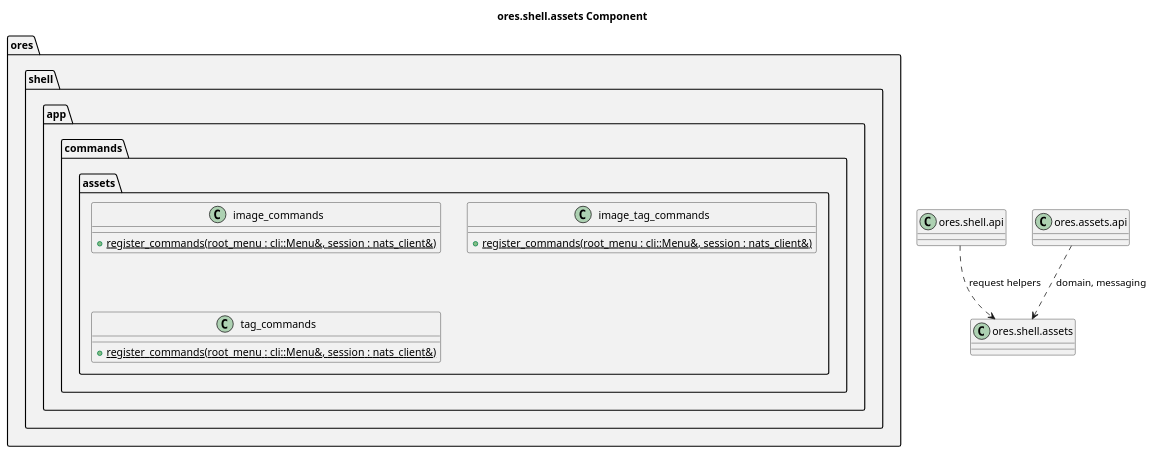
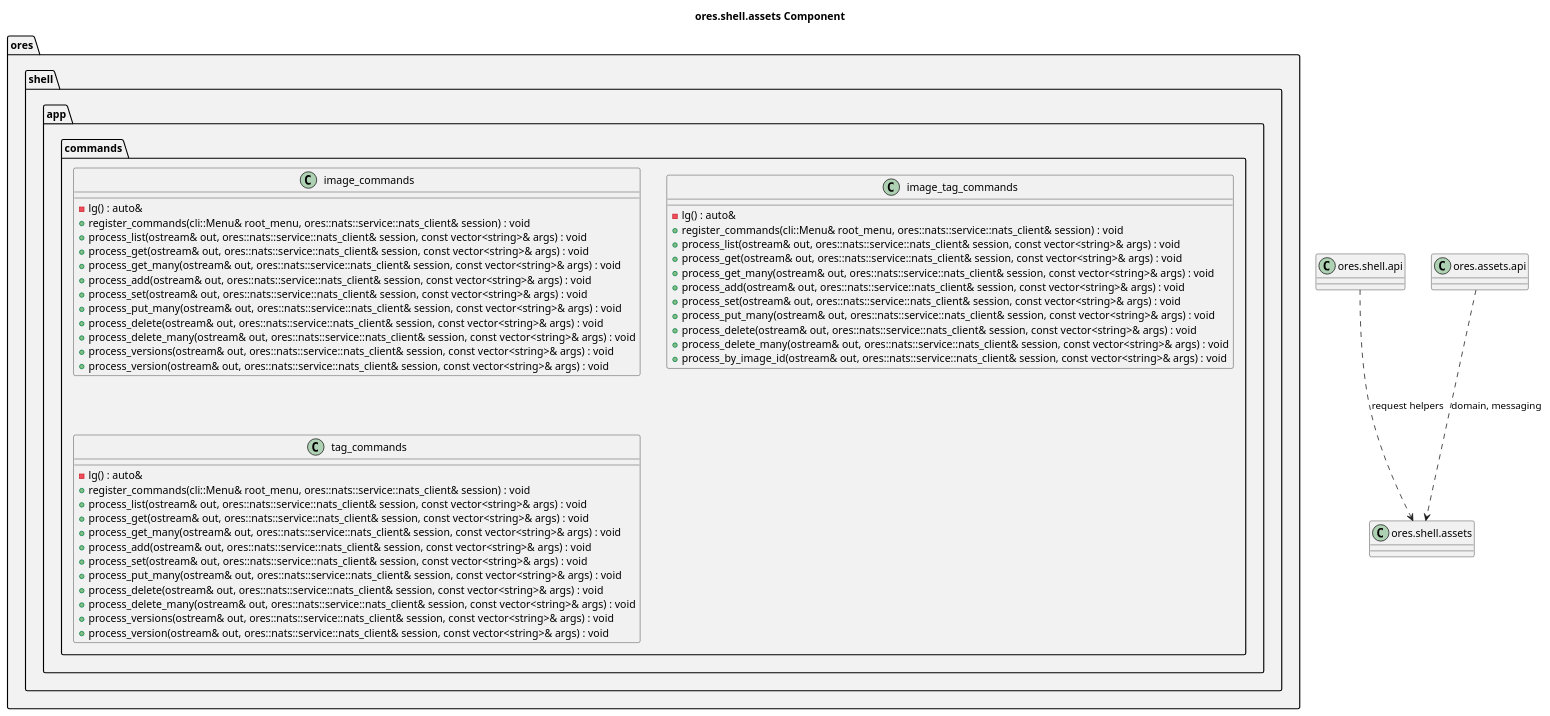
Before and after one commit to OreStudio/OreStudio: the diagram in projects/ores.shell/assets/modeling/ores.shell.assets.puml, drawn with PlantUML. The commit also changed 30 other files, not shown here.

```diff
--- a/projects/ores.shell/assets/modeling/ores.shell.assets.puml
+++ b/projects/ores.shell/assets/modeling/ores.shell.assets.puml
@@ -18,35 +18,65 @@
 @startuml
 
 title ores.shell.assets Component
 
 set namespaceSeparator ::
 
 namespace ores #F2F2F2 {
     namespace shell #F2F2F2 {
         namespace app #F2F2F2 {
             namespace commands #F2F2F2 {
-                namespace assets #F2F2F2 {
-                    class image_commands {
-                        {static} +register_commands(root_menu : cli::Menu&, session : nats_client&)
-                    }
-                    class image_tag_commands {
-                        {static} +register_commands(root_menu : cli::Menu&, session : nats_client&)
-                    }
-                    class tag_commands {
-                        {static} +register_commands(root_menu : cli::Menu&, session : nats_client&)
-                    }
+                class image_commands {
+                    -lg() : auto&
+                    +register_commands(cli::Menu& root_menu, ores::nats::service::nats_client& session) : void
+                    +process_list(ostream& out, ores::nats::service::nats_client& session, const vector<string>& args) : void
+                    +process_get(ostream& out, ores::nats::service::nats_client& session, const vector<string>& args) : void
+                    +process_get_many(ostream& out, ores::nats::service::nats_client& session, const vector<string>& args) : void
+                    +process_add(ostream& out, ores::nats::service::nats_client& session, const vector<string>& args) : void
+                    +process_set(ostream& out, ores::nats::service::nats_client& session, const vector<string>& args) : void
+                    +process_put_many(ostream& out, ores::nats::service::nats_client& session, const vector<string>& args) : void
+                    +process_delete(ostream& out, ores::nats::service::nats_client& session, const vector<string>& args) : void
+                    +process_delete_many(ostream& out, ores::nats::service::nats_client& session, const vector<string>& args) : void
+                    +process_versions(ostream& out, ores::nats::service::nats_client& session, const vector<string>& args) : void
+                    +process_version(ostream& out, ores::nats::service::nats_client& session, const vector<string>& args) : void
+                }
+                class image_tag_commands {
+                    -lg() : auto&
+                    +register_commands(cli::Menu& root_menu, ores::nats::service::nats_client& session) : void
+                    +process_list(ostream& out, ores::nats::service::nats_client& session, const vector<string>& args) : void
+                    +process_get(ostream& out, ores::nats::service::nats_client& session, const vector<string>& args) : void
+                    +process_get_many(ostream& out, ores::nats::service::nats_client& session, const vector<string>& args) : void
+                    +process_add(ostream& out, ores::nats::service::nats_client& session, const vector<string>& args) : void
+                    +process_set(ostream& out, ores::nats::service::nats_client& session, const vector<string>& args) : void
+                    +process_put_many(ostream& out, ores::nats::service::nats_client& session, const vector<string>& args) : void
+                    +process_delete(ostream& out, ores::nats::service::nats_client& session, const vector<string>& args) : void
+                    +process_delete_many(ostream& out, ores::nats::service::nats_client& session, const vector<string>& args) : void
+                    +process_by_image_id(ostream& out, ores::nats::service::nats_client& session, const vector<string>& args) : void
+                }
+                class tag_commands {
+                    -lg() : auto&
+                    +register_commands(cli::Menu& root_menu, ores::nats::service::nats_client& session) : void
+                    +process_list(ostream& out, ores::nats::service::nats_client& session, const vector<string>& args) : void
+                    +process_get(ostream& out, ores::nats::service::nats_client& session, const vector<string>& args) : void
+                    +process_get_many(ostream& out, ores::nats::service::nats_client& session, const vector<string>& args) : void
+                    +process_add(ostream& out, ores::nats::service::nats_client& session, const vector<string>& args) : void
+                    +process_set(ostream& out, ores::nats::service::nats_client& session, const vector<string>& args) : void
+                    +process_put_many(ostream& out, ores::nats::service::nats_client& session, const vector<string>& args) : void
+                    +process_delete(ostream& out, ores::nats::service::nats_client& session, const vector<string>& args) : void
+                    +process_delete_many(ostream& out, ores::nats::service::nats_client& session, const vector<string>& args) : void
+                    +process_versions(ostream& out, ores::nats::service::nats_client& session, const vector<string>& args) : void
+                    +process_version(ostream& out, ores::nats::service::nats_client& session, const vector<string>& args) : void
                 }
             }
         }
     }
 }
 
 ' --- manual: everything below this line is hand-authored; the script preserves it ---
 
 ores.shell.api ..> ores.shell.assets : request helpers
 ores.assets.api ..> ores.shell.assets : domain, messaging
 
 ' Local Variables:
 ' compile-command: "java -Djava.awt.headless=true -DPLANTUML_SECURITY_PROFILE=UNSECURE -DPLANTUML_LIMIT_SIZE=65535 -jar /usr/share/plantuml/plantuml.jar ores.shell.assets.puml"
 ' End:
 @enduml
```
